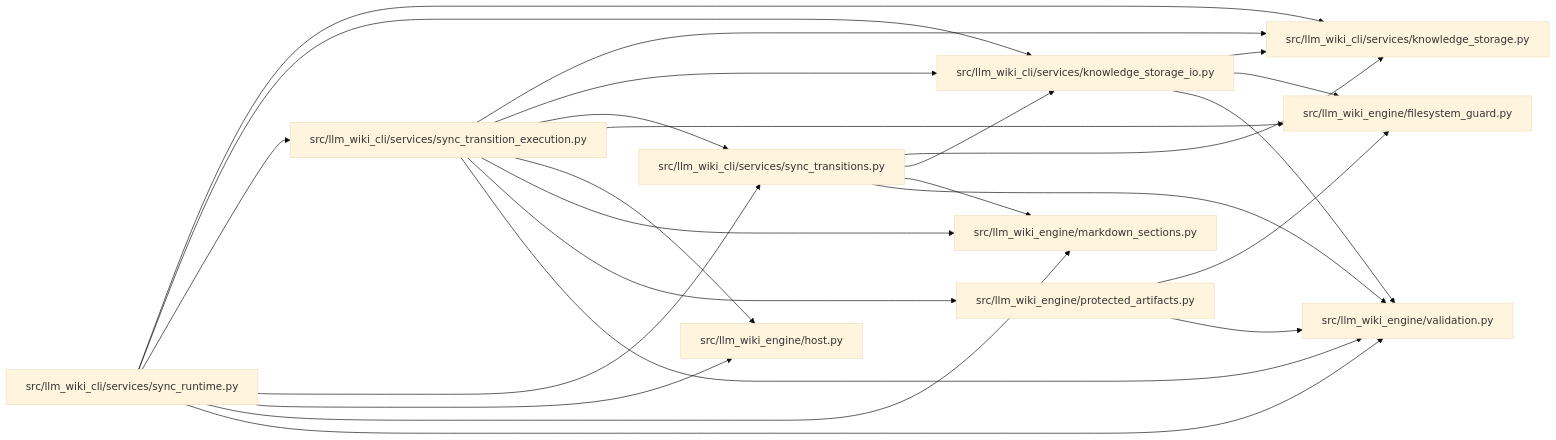
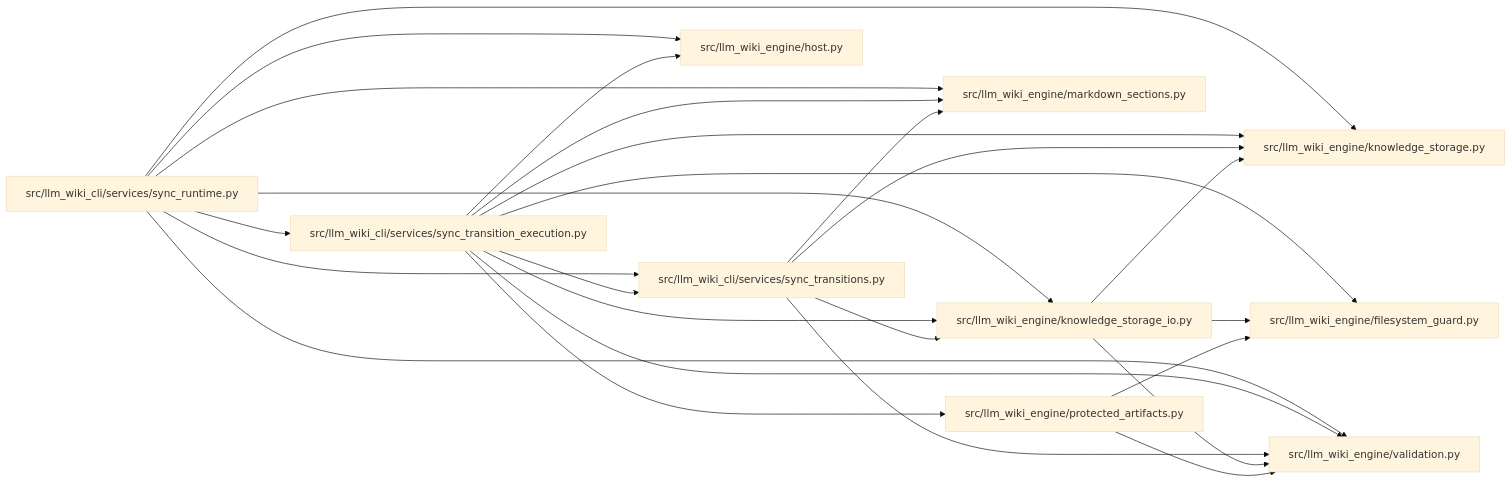
The diagram in docs/llm_wiki/modules/sync_transition_execution.md (Denissvgn/python-wiki-llm), drawn with Mermaid (base theme) before and after one commit. The commit also changed other lines of this file and 1058 other files, not shown here.

First line of the commit message:
docs: refresh the wiki for the knowledge store move

````diff
--- a/docs/llm_wiki/modules/sync_transition_execution.md
+++ b/docs/llm_wiki/modules/sync_transition_execution.md
@@ -31,47 +31,47 @@
 ```mermaid
 flowchart LR
-    n0["src/llm_wiki_cli/services/knowledge_storage.py"]
-    n1["src/llm_wiki_cli/services/knowledge_storage_io.py"]
-    n2["src/llm_wiki_cli/services/sync_runtime.py"]
-    n3["src/llm_wiki_cli/services/sync_transition_execution.py"]
-    n4["src/llm_wiki_cli/services/sync_transitions.py"]
-    n5["src/llm_wiki_engine/filesystem_guard.py"]
-    n6["src/llm_wiki_engine/host.py"]
+    n0["src/llm_wiki_cli/services/sync_runtime.py"]
+    n1["src/llm_wiki_cli/services/sync_transition_execution.py"]
+    n2["src/llm_wiki_cli/services/sync_transitions.py"]
+    n3["src/llm_wiki_engine/filesystem_guard.py"]
+    n4["src/llm_wiki_engine/host.py"]
+    n5["src/llm_wiki_engine/knowledge_storage.py"]
+    n6["src/llm_wiki_engine/knowledge_storage_io.py"]
     n7["src/llm_wiki_engine/markdown_sections.py"]
     n8["src/llm_wiki_engine/protected_artifacts.py"]
     n9["src/llm_wiki_engine/validation.py"]
-    n1 --> n0
+    n0 --> n1
+    n0 --> n2
+    n0 --> n4
+    n0 --> n5
+    n0 --> n6
+    n0 --> n7
+    n0 --> n9
+    n1 --> n2
+    n1 --> n3
+    n1 --> n4
     n1 --> n5
+    n1 --> n6
+    n1 --> n7
+    n1 --> n8
     n1 --> n9
-    n2 --> n0
-    n2 --> n1
-    n2 --> n3
-    n2 --> n4
+    n2 --> n5
     n2 --> n6
     n2 --> n7
     n2 --> n9
-    n3 --> n0
-    n3 --> n1
-    n3 --> n4
-    n3 --> n5
-    n3 --> n6
-    n3 --> n7
-    n3 --> n8
-    n3 --> n9
-    n4 --> n0
-    n4 --> n1
-    n4 --> n7
-    n4 --> n9
-    n8 --> n5
+    n6 --> n3
+    n6 --> n5
+    n6 --> n9
+    n8 --> n3
     n8 --> n9
-    click n0 "../modules/knowledge_storage.md"
-    click n1 "../modules/knowledge_storage_io.md"
-    click n2 "../modules/sync_runtime.md"
-    click n3 "../modules/sync_transition_execution.md"
-    click n4 "../modules/sync_transitions.md"
-    click n5 "../modules/filesystem_guard.md"
-    click n6 "../modules/host.md"
+    click n0 "../modules/sync_runtime.md"
+    click n1 "../modules/sync_transition_execution.md"
+    click n2 "../modules/sync_transitions.md"
+    click n3 "../modules/filesystem_guard.md"
+    click n4 "../modules/host.md"
+    click n5 "../modules/knowledge_storage.md"
+    click n6 "../modules/knowledge_storage_io.md"
     click n7 "../modules/markdown_sections.md"
     click n8 "../modules/protected_artifacts.md"
     click n9 "../modules/validation.md"
 ```
````
